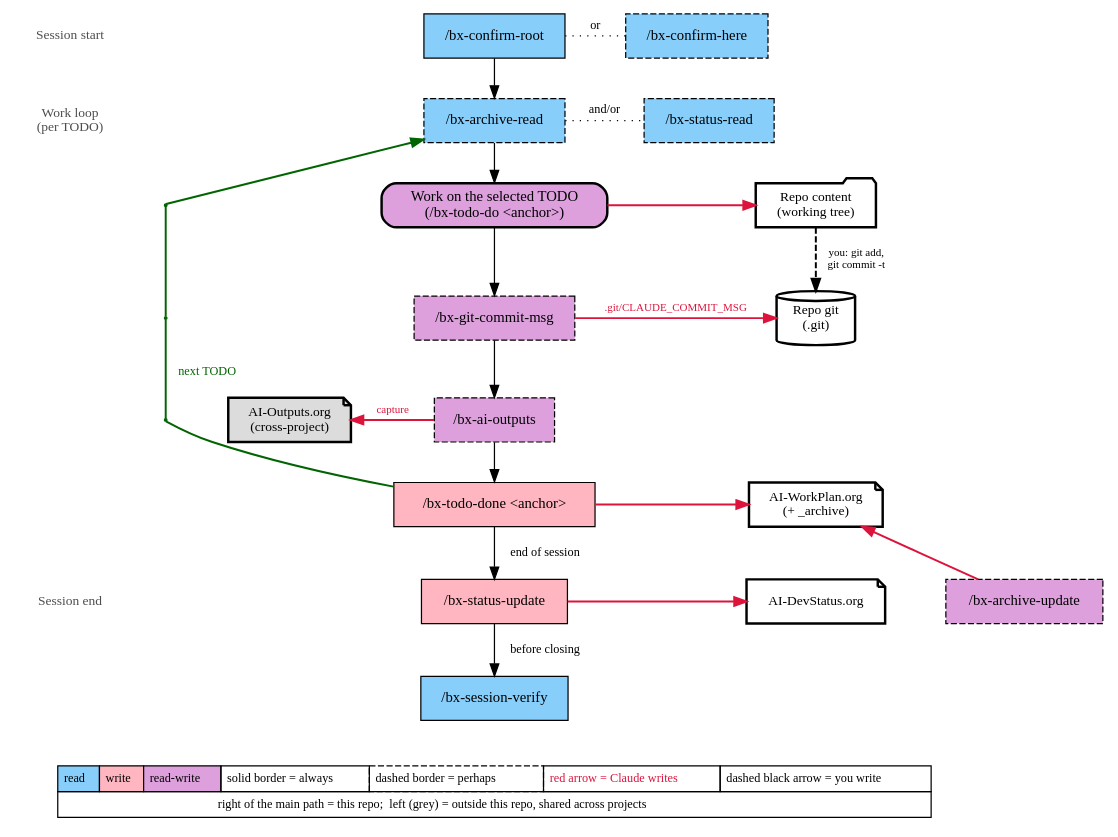
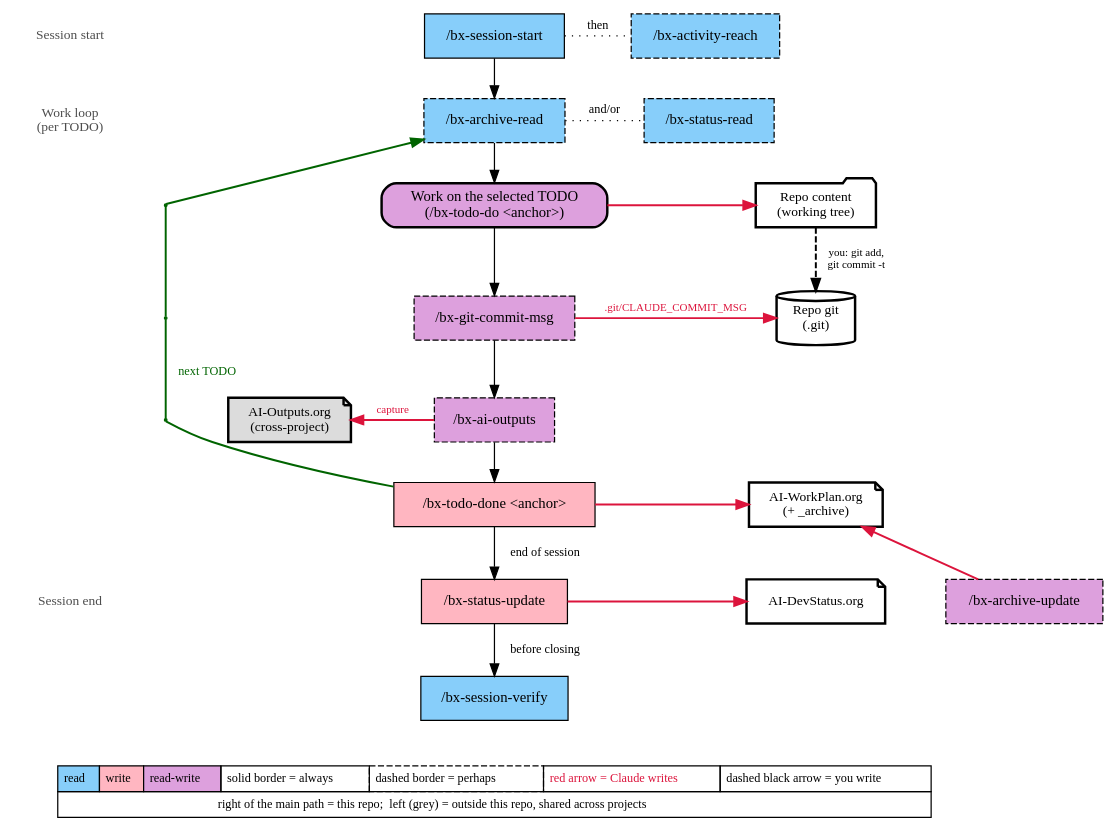
Before and after one commit to bisos-pip/aiActivity: the diagram in py3/images/aiUsageWorkflow.gv, drawn with Graphviz. The commit also changed 58 other files, not shown here.

```diff
--- a/py3/images/aiUsageWorkflow.gv
+++ b/py3/images/aiUsageWorkflow.gv
@@ -1,109 +1,109 @@
 digraph {
 	nodesep=0.35 rankdir=TB ranksep=0.45
 	node [fontsize=12]
 	lyr_start [label="Session start" fontcolor=gray30 fontsize=11 shape=plaintext]
 	lyr_loop1 [label="Work loop
 (per TODO)" fontcolor=gray30 fontsize=11 shape=plaintext]
 	lyr_loop2 [label="" fontcolor=gray30 fontsize=11 shape=plaintext]
 	lyr_loop3 [label="" fontcolor=gray30 fontsize=11 shape=plaintext]
 	lyr_loop4 [label="" fontcolor=gray30 fontsize=11 shape=plaintext]
 	lyr_loop5 [label="" fontcolor=gray30 fontsize=11 shape=plaintext]
 	lyr_end [label="Session end" fontcolor=gray30 fontsize=11 shape=plaintext]
 	lyr_close [label="" fontcolor=gray30 fontsize=11 shape=plaintext]
 	lyr_start -> lyr_loop1 [style=invis]
 	lyr_loop1 -> lyr_loop2 [style=invis]
 	lyr_loop2 -> lyr_loop3 [style=invis]
 	lyr_loop3 -> lyr_loop4 [style=invis]
 	lyr_loop4 -> lyr_loop5 [style=invis]
 	lyr_loop5 -> lyr_end [style=invis]
 	lyr_end -> lyr_close [style=invis]
 	{
 		rank=same
 		lyr_start
-		confirmRoot [label="/bx-confirm-root" fillcolor=lightskyblue group=spine shape=rectangle style=filled]
-		confirmHere [label="/bx-confirm-here" fillcolor=lightskyblue shape=rectangle style="filled,dashed"]
+		confirmRoot [label="/bx-session-start" fillcolor=lightskyblue group=spine shape=rectangle style=filled]
+		confirmHere [label="/bx-activity-reach" fillcolor=lightskyblue shape=rectangle style="filled,dashed"]
 	}
 	{
 		rank=same
 		lyr_loop1
 		importArchive [label="/bx-archive-read" fillcolor=lightskyblue group=spine shape=rectangle style="filled,dashed"]
 		statusRead [label="/bx-status-read" fillcolor=lightskyblue shape=rectangle style="filled,dashed"]
 	}
 	{
 		rank=same
 		lyr_loop2
 		loopVia2 [label="" color=darkgreen group=loop shape=point width=0.03]
 		work [label="Work on the selected TODO
 (/bx-todo-do <anchor>)" fillcolor=plum group=spine shape=rectangle style="filled,rounded,bold"]
 		subjContent [label="Repo content
 (working tree)" fillcolor=white fontsize=11 group=subjects shape=folder style="filled,bold"]
 	}
 	{
 		rank=same
 		lyr_loop3
 		loopVia3 [label="" color=darkgreen group=loop shape=point width=0.03]
 		commitMsg [label="/bx-git-commit-msg" fillcolor=plum group=spine shape=rectangle style="filled,dashed"]
 		subjGit [label="Repo git
 (.git)" fillcolor=white fontsize=11 group=subjects shape=cylinder style="filled,bold"]
 	}
 	{
 		rank=same
 		lyr_loop4
 		loopVia4 [label="" color=darkgreen group=loop shape=point width=0.03]
 		subjOutputs [label="AI-Outputs.org
 (cross-project)" fillcolor=gainsboro fontsize=11 shape=note style="filled,bold"]
 		aiOutputs [label="/bx-ai-outputs" fillcolor=plum group=spine shape=rectangle style="filled,dashed"]
 	}
 	{
 		rank=same
 		lyr_loop5
 		done [label="/bx-todo-done <anchor>" fillcolor=lightpink group=spine shape=rectangle style=filled]
 		subjWorkPlan [label="AI-WorkPlan.org
 (+ _archive)" fillcolor=white fontsize=11 group=subjects shape=note style="filled,bold"]
 	}
 	{
 		rank=same
 		lyr_end
 		updateStatus [label="/bx-status-update" fillcolor=lightpink group=spine shape=rectangle style=filled]
 		archive [label="/bx-archive-update" fillcolor=plum shape=rectangle style="filled,dashed"]
 		subjDevStatus [label="AI-DevStatus.org" fillcolor=white fontsize=11 group=subjects shape=note style="filled,bold"]
 	}
 	{
 		rank=same
 		lyr_close
 		sessionVerify [label="/bx-session-verify" fillcolor=lightskyblue group=spine shape=rectangle style=filled]
 	}
 	subjContent -> subjGit [label=" you: git add, 
  git commit -t " arrowhead=normal color=black fontsize=9 penwidth=1.6 style=dashed]
 	subjGit -> subjWorkPlan [style=invis]
 	subjWorkPlan -> subjDevStatus [style=invis]
 	work -> subjContent [arrowhead=normal color=crimson penwidth=1.6]
 	commitMsg -> subjGit [label=" .git/CLAUDE_COMMIT_MSG " arrowhead=normal color=crimson fontcolor=crimson fontsize=9 penwidth=1.6]
 	lyr_loop2 -> loopVia2 [style=invis]
 	loopVia2 -> work [style=invis]
 	lyr_loop3 -> loopVia3 [style=invis]
 	loopVia3 -> commitMsg [style=invis]
 	lyr_loop4 -> loopVia4 [style=invis]
 	loopVia4 -> subjOutputs [style=invis]
 	subjOutputs -> aiOutputs [style=invis]
 	subjDevStatus -> archive [style=invis]
 	aiOutputs -> subjOutputs [label=" capture " arrowhead=normal color=crimson constraint=false fontcolor=crimson fontsize=9 penwidth=1.6]
 	done -> subjWorkPlan [arrowhead=normal color=crimson penwidth=1.6]
 	archive -> subjWorkPlan [arrowhead=normal color=crimson constraint=false penwidth=1.6]
 	updateStatus -> subjDevStatus [arrowhead=normal color=crimson penwidth=1.6]
 	confirmRoot -> importArchive
 	importArchive -> work
 	work -> commitMsg
 	commitMsg -> aiOutputs
 	aiOutputs -> done
 	done -> updateStatus [label="  end of session  " fontsize=10]
 	updateStatus -> sessionVerify [label="  before closing  " fontsize=10]
 	importArchive -> loopVia2 [color=darkgreen dir=back penwidth=1.6]
 	loopVia2 -> loopVia3 [color=darkgreen dir=none penwidth=1.6]
 	loopVia3 -> loopVia4 [label="  next TODO  " color=darkgreen dir=none fontcolor=darkgreen fontsize=10 penwidth=1.6]
 	loopVia4 -> done [color=darkgreen dir=none penwidth=1.6]
-	confirmRoot -> confirmHere [label=" or " arrowhead=none fontsize=10 style=dotted]
+	confirmRoot -> confirmHere [label=" then " arrowhead=none fontsize=10 style=dotted]
 	importArchive -> statusRead [label=" and/or " arrowhead=none fontsize=10 style=dotted]
 	legend [label=<<TABLE BORDER="0" CELLBORDER="1" CELLSPACING="0" CELLPADDING="4"><TR><TD BGCOLOR="lightskyblue">read</TD><TD BGCOLOR="lightpink">write</TD><TD BGCOLOR="plum">read-write</TD><TD>solid border = always</TD><TD STYLE="dashed">dashed border = perhaps</TD><TD><FONT COLOR="crimson">red arrow = Claude writes</FONT></TD><TD>dashed black arrow = you write</TD></TR><TR><TD COLSPAN="7">right of the main path = this repo;  left (grey) = outside this repo, shared across projects</TD></TR></TABLE>> fontsize=10 shape=plaintext]
 	sessionVerify -> legend [style=invis]
 }
```
